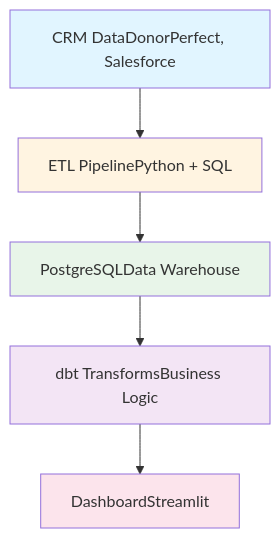
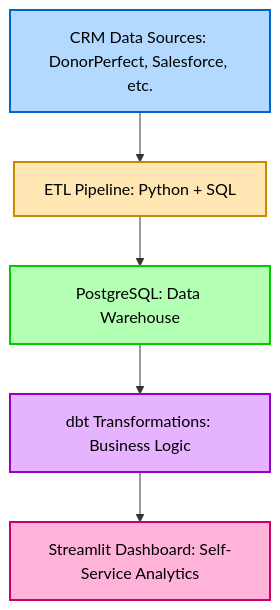
Before and after one commit to eliskamd/nonprofit-data-pipeline: the diagram in README.md, drawn with Mermaid.

Commit message:
Fix architecture diagram rendering for text

````diff
--- a/README.md
+++ b/README.md
@@ -74,13 +74,16 @@
 ```mermaid
 flowchart TD
-    A[CRM DataDonorPerfect, Salesforce] --> B[ETL PipelinePython + SQL]
-    B --> C[PostgreSQLData Warehouse]
-    C --> D[dbt TransformsBusiness Logic]
-    D --> E[DashboardStreamlit]
+    A[CRM Data Sources: DonorPerfect, Salesforce, etc.]
+    B[ETL Pipeline: Python + SQL]
+    C[PostgreSQL: Data Warehouse]
+    D[dbt Transformations: Business Logic]
+    E[Streamlit Dashboard: Self-Service Analytics]
     
-    style A fill:#e1f5ff
-    style B fill:#fff4e1
-    style C fill:#e8f5e9
-    style D fill:#f3e5f5
-    style E fill:#fce4ec
+    A --> B --> C --> D --> E
+    
+    style A fill:#b3d9ff,stroke:#0066cc,stroke-width:2px,color:#000000
+    style B fill:#ffe6b3,stroke:#cc8800,stroke-width:2px,color:#000000
+    style C fill:#b3ffb3,stroke:#00cc00,stroke-width:2px,color:#000000
+    style D fill:#e6b3ff,stroke:#9900cc,stroke-width:2px,color:#000000
+    style E fill:#ffb3d9,stroke:#cc0066,stroke-width:2px,color:#000000
 ```
````
